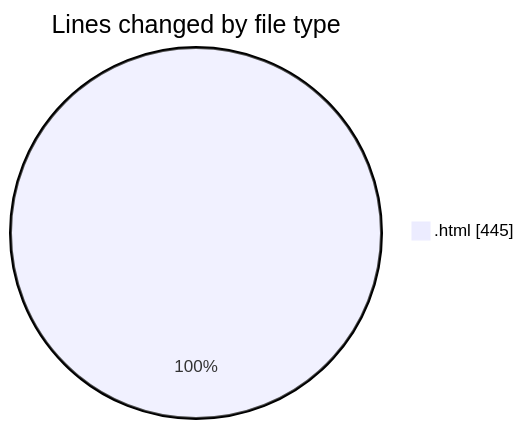
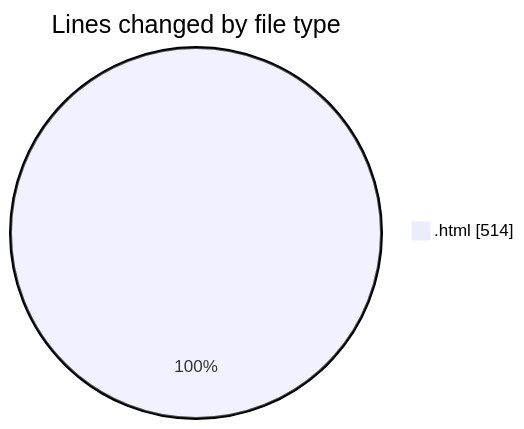
One commit to Ritupan-Deka/code-tracking changed the first of 2 diagrams in 2025-02-04/0starter_files/README.md. Above: the diagram before and after it, drawn with Mermaid. The commit also changed other lines of this file and 1 other file, not shown here.

````diff
--- a/2025-02-04/0starter_files/README.md
+++ b/2025-02-04/0starter_files/README.md
@@ -20,5 +20,5 @@
 ```mermaid
 pie showData
 title Lines changed by file type
-".html" : 445
+".html" : 514
 ```
````
